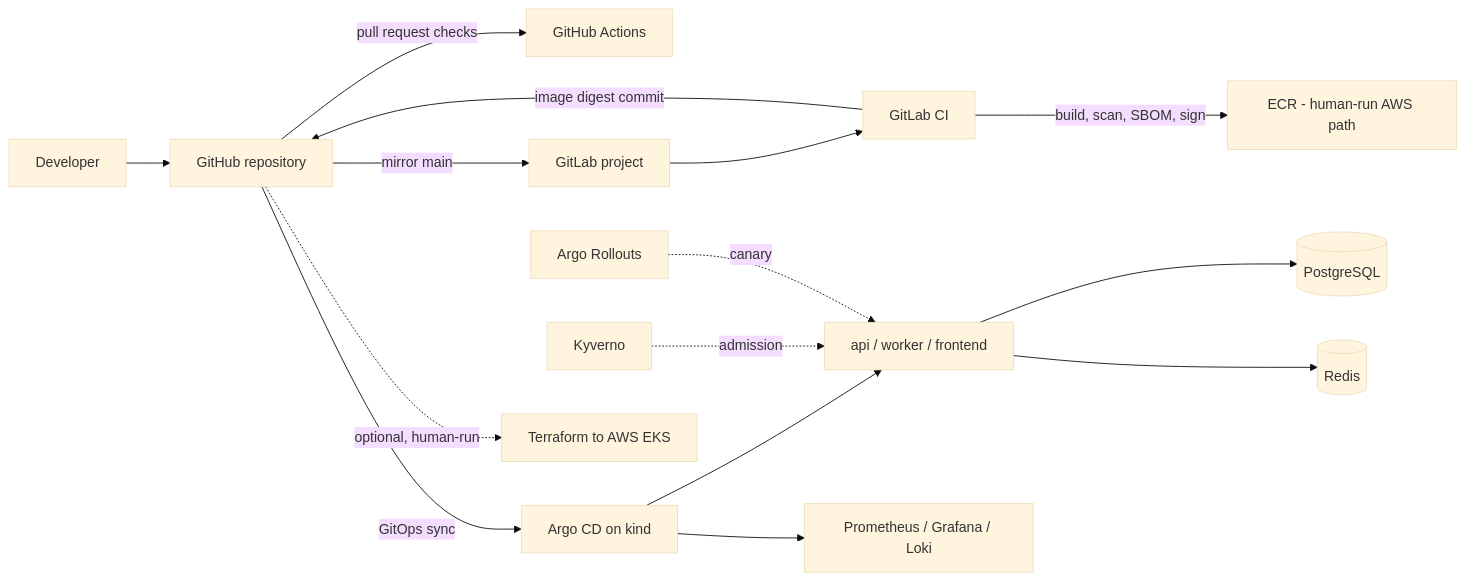
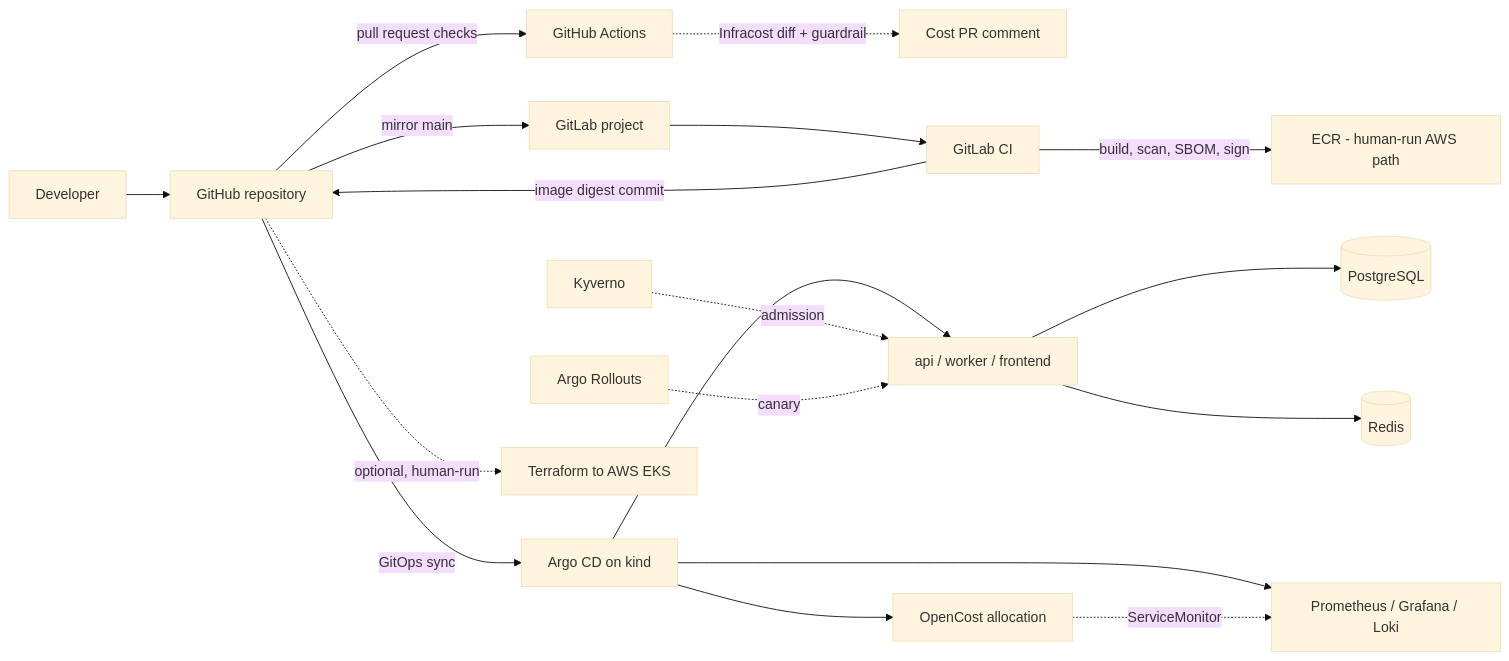
The diagram in README.md (akashhh15/platformbox), drawn with Mermaid (base theme) before and after one commit. The commit also changed other lines of this file and 11 other files, not shown here.

````diff
--- a/README.md
+++ b/README.md
@@ -33,17 +35,20 @@
 ```mermaid
 flowchart LR
   Dev[Developer] --> GH[GitHub repository]
   GH -->|pull request checks| GHA[GitHub Actions]
+  GHA -.->|Infracost diff + guardrail| COST[Cost PR comment]
   GH -->|mirror main| GL[GitLab project]
   GL --> GLCI[GitLab CI]
   GLCI -->|build, scan, SBOM, sign| REG[ECR - human-run AWS path]
   GLCI -->|image digest commit| GH
   GH -->|GitOps sync| ARGO[Argo CD on kind]
   ARGO --> APPS[api / worker / frontend]
   APPS --> PG[(PostgreSQL)]
   APPS --> REDIS[(Redis)]
   ARGO --> OBS[Prometheus / Grafana / Loki]
+  ARGO --> OPEN[OpenCost allocation]
+  OPEN -.->|ServiceMonitor| OBS
   KYV[Kyverno] -.->|admission| APPS
   ROLL[Argo Rollouts] -.->|canary| APPS
   GH -.->|optional, human-run| AWS[Terraform to AWS EKS]
 ```
````
